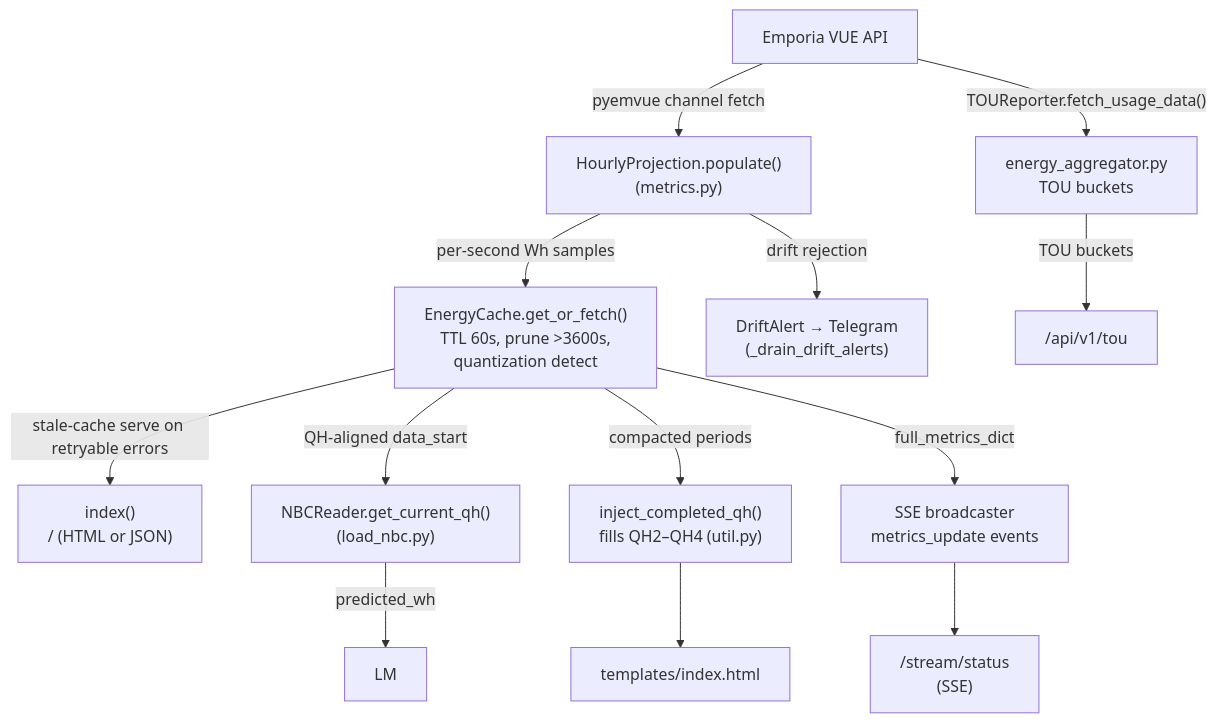
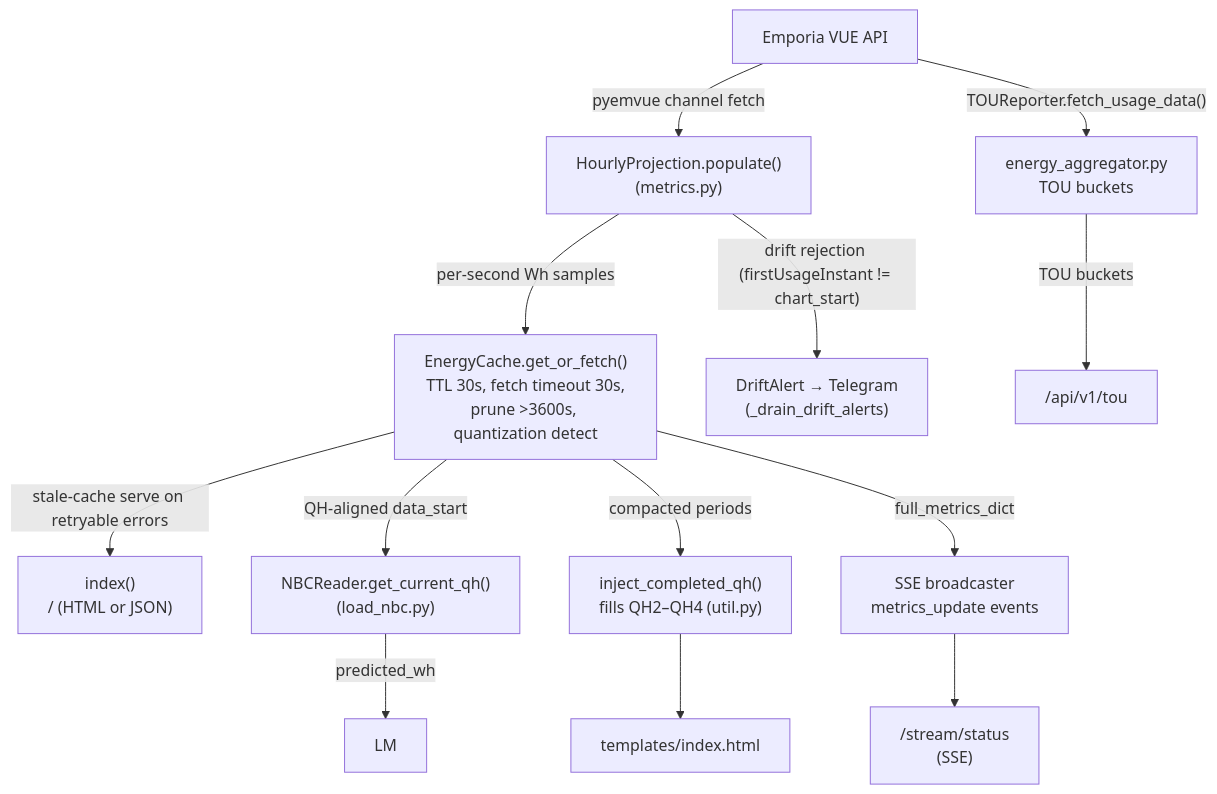
One commit to mblakele/solara changed the second of 6 diagrams in docs/architecture.md. Above: the diagram before and after it, drawn with Mermaid. The commit also changed other lines of this file, not shown here.

Commit message:
docs/architecture.md updated

````diff
--- a/docs/architecture.md
+++ b/docs/architecture.md
@@ -91,18 +96,18 @@
 ```mermaid
 flowchart TD
     VUE["Emporia VUE API"] -->|"pyemvue channel fetch"| HP["HourlyProjection.populate()<br/>(metrics.py)"]
-    HP -->|"per-second Wh samples"| CACHE["EnergyCache.get_or_fetch()<br/>TTL 60s, prune >3600s,<br/>quantization detect"]
+    HP -->|"per-second Wh samples"| CACHE["EnergyCache.get_or_fetch()<br/>TTL 30s, fetch timeout 30s,<br/>prune >3600s, quantization detect"]
     CACHE -->|"stale-cache serve on retryable errors"| INDEX["index()<br/>/ (HTML or JSON)"]
-    HP -->|"drift rejection"| DRIFT["DriftAlert → Telegram<br/>(_drain_drift_alerts)"]
+    HP -->|"drift rejection (firstUsageInstant != chart_start)"| DRIFT["DriftAlert → Telegram<br/>(_drain_drift_alerts)"]
 
     VUE -->|"TOUReporter.fetch_usage_data()"| AGGR["energy_aggregator.py<br/>TOU buckets"]
     AGGR -->|"TOU buckets"| TOUROUTE["/api/v1/tou"]
 
     CACHE -->|"QH-aligned data_start"| NBC["NBCReader.get_current_qh()<br/>(load_nbc.py)"]
     NBC -->|"predicted_wh"| LM
     CACHE -->|"compacted periods"| INJECT["inject_completed_qh()<br/>fills QH2–QH4 (util.py)"]
     INJECT --> TEMPLATE["templates/index.html"]
 
     CACHE -->|"full_metrics_dict"| SSE["SSE broadcaster<br/>metrics_update events"]
     SSE --> STREAM["/stream/status<br/>(SSE)"]
 ```
````
